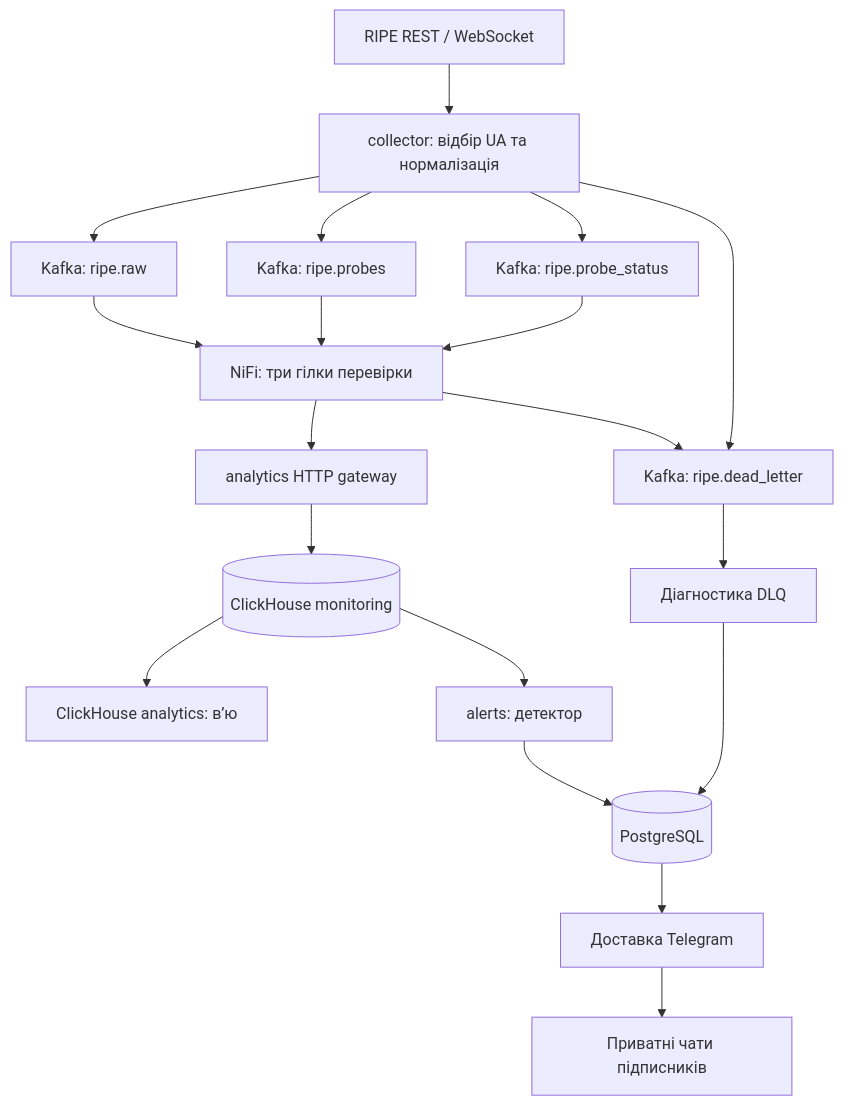
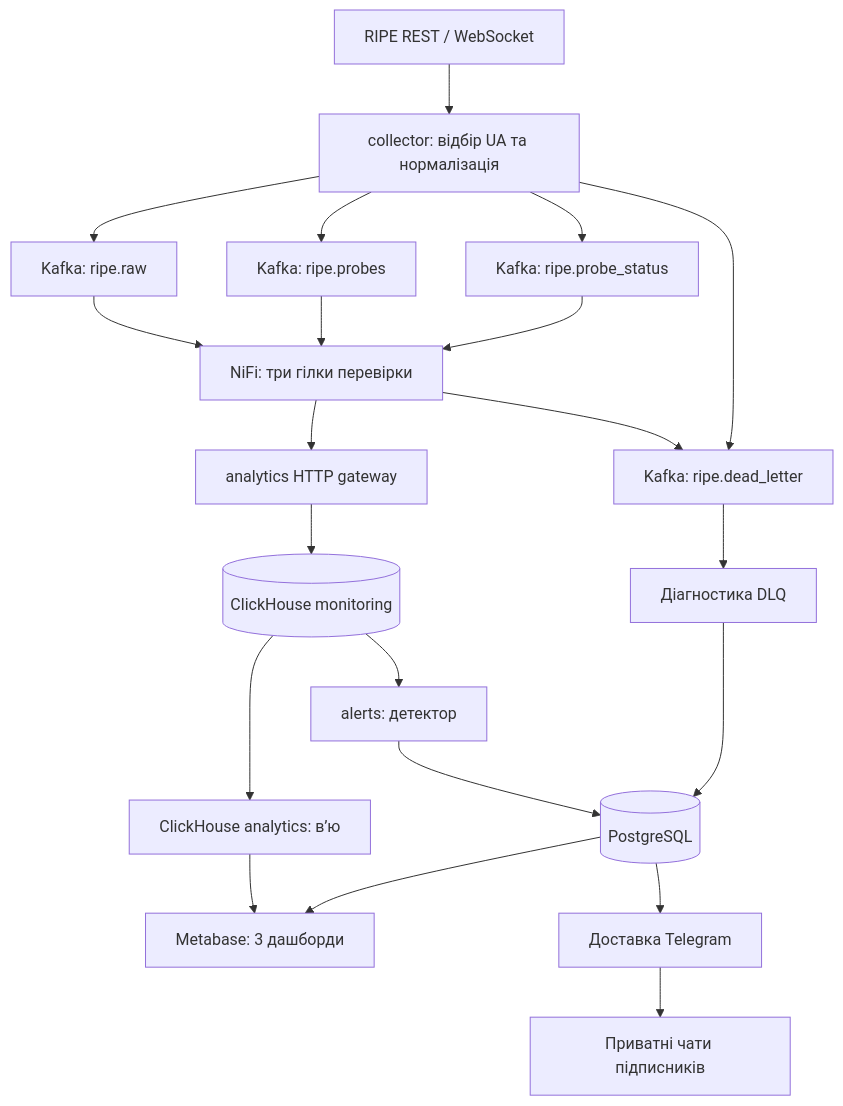
Before and after one commit to uneavk/ripe-atlas-monitoring: the diagram in docs/PROJECT_ANALYSIS.md, drawn with Mermaid. The commit also changed other lines of this file and 14 other files, not shown here.

````diff
--- a/docs/PROJECT_ANALYSIS.md
+++ b/docs/PROJECT_ANALYSIS.md
@@ -30,21 +30,23 @@
 ```mermaid
 flowchart TD
     RIPE[RIPE REST / WebSocket] --> COL[collector: відбір UA та нормалізація]
     COL --> RAW[Kafka: ripe.raw]
     COL --> DIR[Kafka: ripe.probes]
     COL --> STATUS[Kafka: ripe.probe_status]
     COL --> DLQ[Kafka: ripe.dead_letter]
     RAW --> N[NiFi: три гілки перевірки]
     DIR --> N
     STATUS --> N
     N --> G[analytics HTTP gateway]
     N --> DLQ
     G --> CH[(ClickHouse monitoring)]
     CH --> V[ClickHouse analytics: в’ю]
+    V --> BI[Metabase: 3 дашборди]
+    PG --> BI
     CH --> DET[alerts: детектор]
     DLQ --> DIAG[Діагностика DLQ]
     DIAG --> PG[(PostgreSQL)]
     DET --> PG
     PG --> OUT[Доставка Telegram]
     OUT --> TG[Приватні чати підписників]
 ```
````
